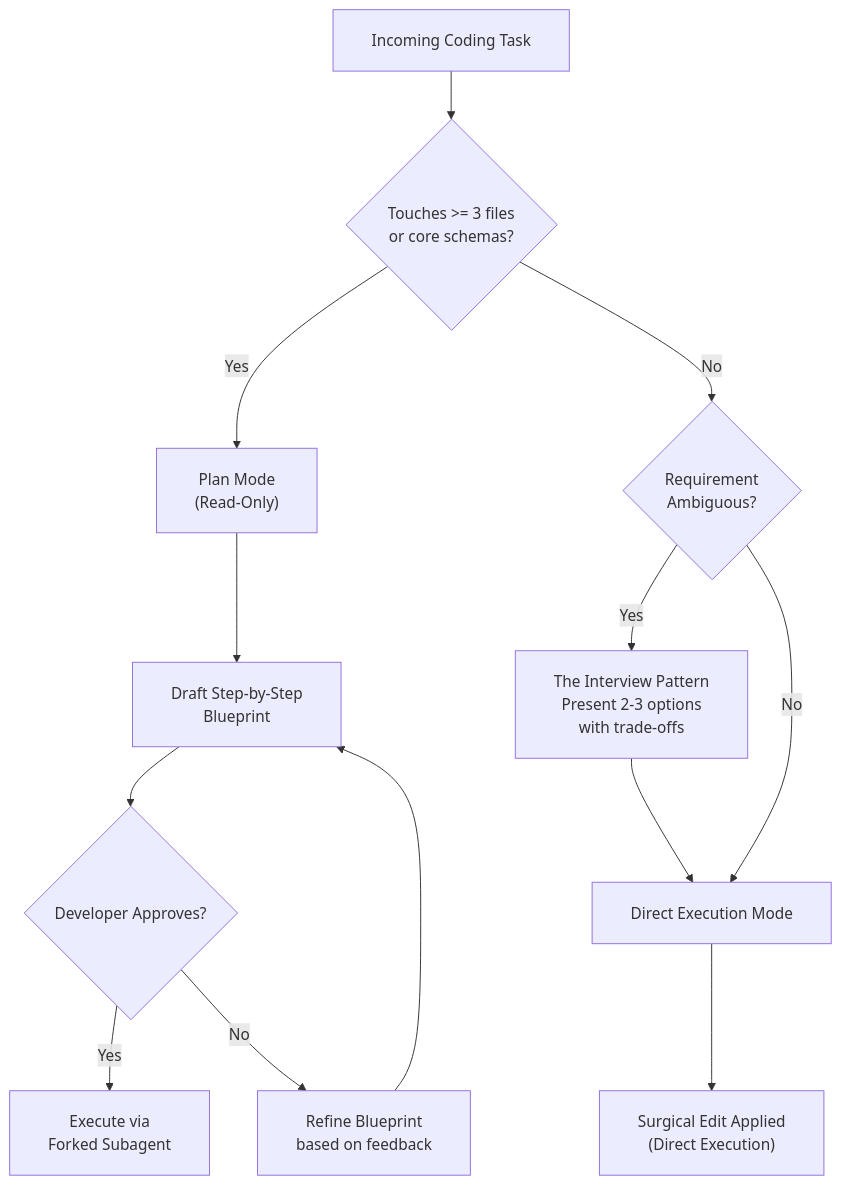
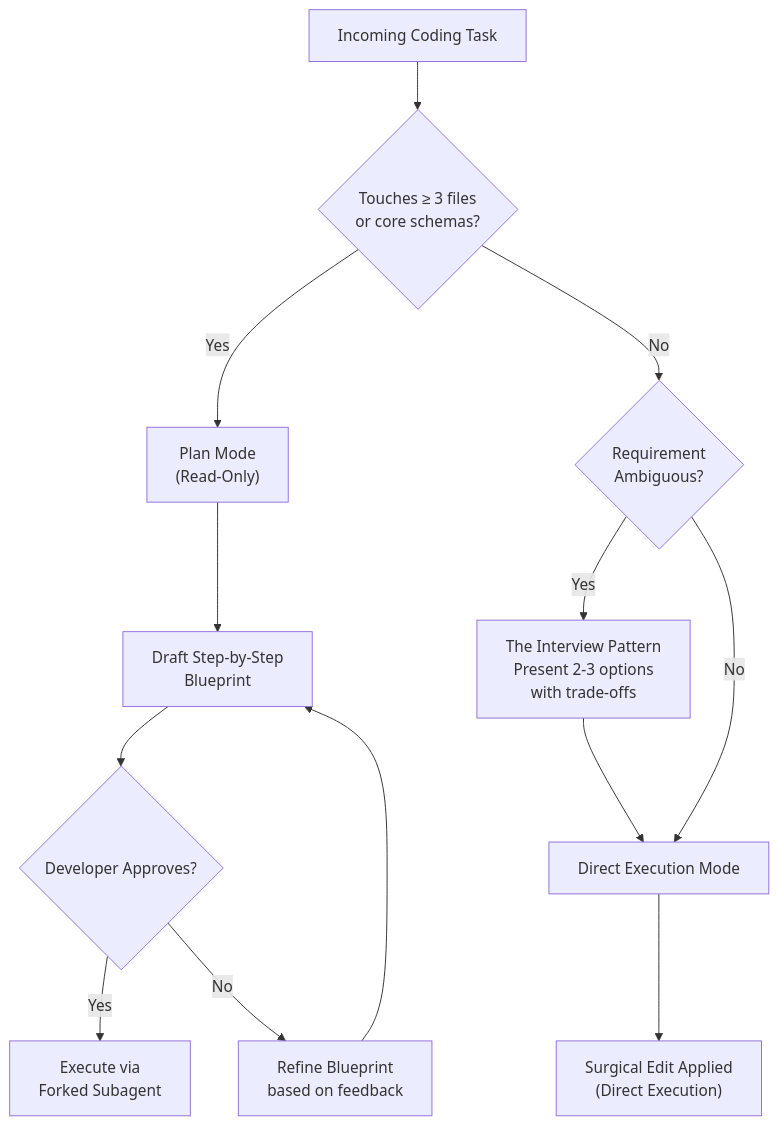
The first of 6 diagrams in scenarios/MASTER_SCENARIO_PRACTICE.md (dip4k/claude_cert_architect_foundation_prep), drawn with Mermaid before and after one commit. The commit also changed other lines of this file and 31 other files, not shown here.

First line of the commit message:
docs(diagrams): fix GitHub Mermaid rendering cut-off, wrappingWidth, and entity escapes across all 32 docs

````diff
--- a/scenarios/MASTER_SCENARIO_PRACTICE.md
+++ b/scenarios/MASTER_SCENARIO_PRACTICE.md
@@ -39,18 +39,18 @@
 ```mermaid
-%%{init: {"flowchart": {"htmlLabels": true, "padding": 20}}}%%
+%%{init: {"flowchart": {"htmlLabels": true, "wrappingWidth": 250}}}%%
 flowchart TD
-    TaskStart["Incoming Coding Task"] --> ScopeCheck{"Touches >= 3 files<br/>or core schemas?"}
+    TaskStart["Incoming Coding Task"] --> ScopeCheck{"Touches &ge; 3 files<br/>or core schemas?"}
     
     ScopeCheck -- "Yes" --> PlanMode["Plan Mode<br/>(Read-Only)"]
     PlanMode --> DraftBlueprint["Draft Step-by-Step<br/>Blueprint"]
     DraftBlueprint --> UserApproval{"Developer Approves?"}
     UserApproval -- "Yes" --> ExecuteForked["Execute via<br/>Forked Subagent"]
     UserApproval -- "No" --> RefineBlueprint["Refine Blueprint<br/>based on feedback"]
     RefineBlueprint --> DraftBlueprint
     
     ScopeCheck -- "No" --> AmbiguityCheck{"Requirement<br/>Ambiguous?"}
     AmbiguityCheck -- "Yes" --> InterviewPattern["The Interview Pattern<br/>Present 2-3 options<br/>with trade-offs"]
     InterviewPattern --> DirectMode["Direct Execution Mode"]
     AmbiguityCheck -- "No" --> DirectMode
     DirectMode --> SurgicalEdit["Surgical Edit Applied<br/>(Direct Execution)"]
 ```
````
